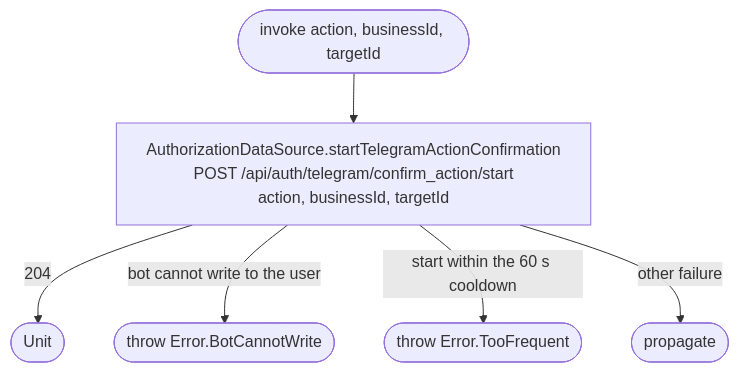
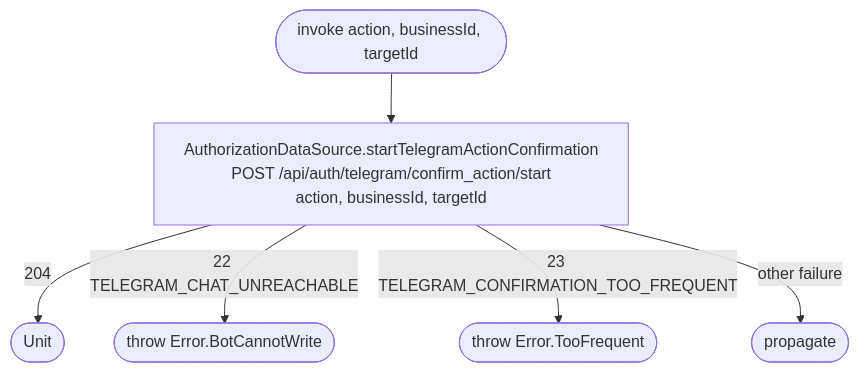
The diagram in docs/operations/authorization/start-telegram-action-confirmation.md (nocturneproperties/bookkme-client), drawn with Mermaid before and after one commit. The commit also changed other lines of this file and 13 other files, not shown here.

First line of the commit message:
[ISSUE-211] call the telegram action confirmation routes

````diff
--- a/docs/operations/authorization/start-telegram-action-confirmation.md
+++ b/docs/operations/authorization/start-telegram-action-confirmation.md
@@ -11,8 +11,8 @@
 ```mermaid
 flowchart TD
     Start([invoke action, businessId, targetId]) --> Net[AuthorizationDataSource.startTelegramActionConfirmation<br/>POST /api/auth/telegram/confirm_action/start<br/>action, businessId, targetId]
     Net -- 204 --> R([Unit])
-    Net -- bot cannot write to the user --> W([throw Error.BotCannotWrite])
-    Net -- start within the 60 s cooldown --> F([throw Error.TooFrequent])
+    Net -- 22 TELEGRAM_CHAT_UNREACHABLE --> W([throw Error.BotCannotWrite])
+    Net -- 23 TELEGRAM_CONFIRMATION_TOO_FREQUENT --> F([throw Error.TooFrequent])
     Net -- other failure --> Other([propagate])
 ```
````
